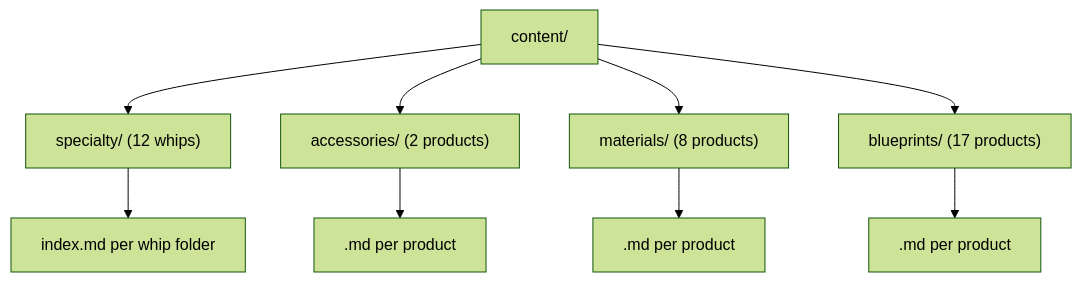
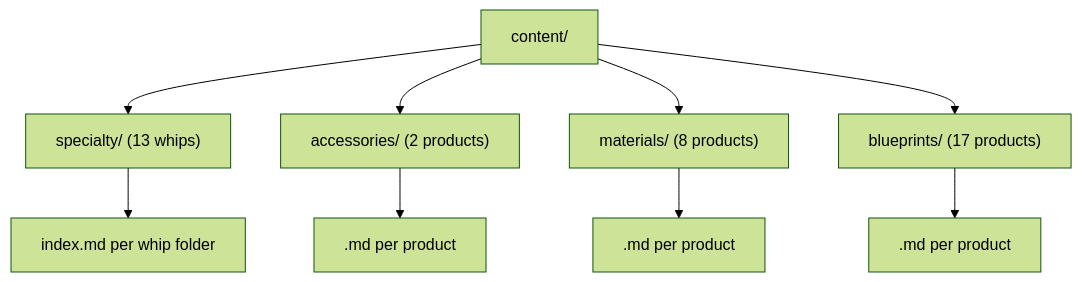
One commit to atfieldson/whipworks.com changed the fifth of 7 diagrams in architecture.md. Above: the diagram before and after it, drawn with Mermaid (forest theme). The commit also changed other lines of this file and 1 other file, not shown here.

First line of the commit message:
docs: update project plan and architecture for Blacksmith's Bullwhip

````diff
--- a/architecture.md
+++ b/architecture.md
@@ -235,12 +242,12 @@
 ```mermaid
 graph TD
-    CONTENT["content/"] --> SPEC["specialty/ (12 whips)"]
+    CONTENT["content/"] --> SPEC["specialty/ (13 whips)"]
     CONTENT --> ACC["accessories/ (2 products)"]
     CONTENT --> MAT["materials/ (8 products)"]
     CONTENT --> BP["blueprints/ (17 products)"]
 
     SPEC --> SPEC_MD["index.md per whip folder"]
     ACC --> ACC_MD[".md per product"]
     MAT --> MAT_MD[".md per product"]
     BP --> BP_MD[".md per product"]
 ```
````
